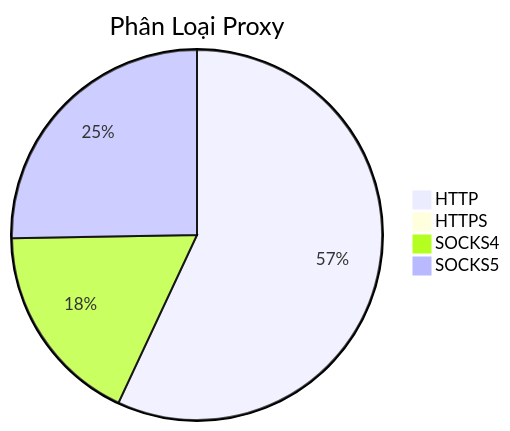
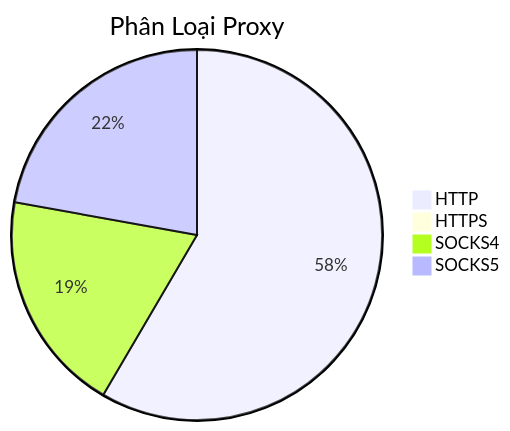
The diagram in README.md (Ciara-12/PROXY-free), drawn with Mermaid before and after one commit. The commit also changed other lines of this file and 4 other files, not shown here.

````diff
--- a/README.md
+++ b/README.md
@@ -26,7 +26,7 @@
 ```mermaid
 pie title Phân Loại Proxy
-    "HTTP" : 789
+    "HTTP" : 952
     "HTTPS" : 2
-    "SOCKS4" : 246
-    "SOCKS5" : 350
+    "SOCKS4" : 316
+    "SOCKS5" : 361
 ```
````
